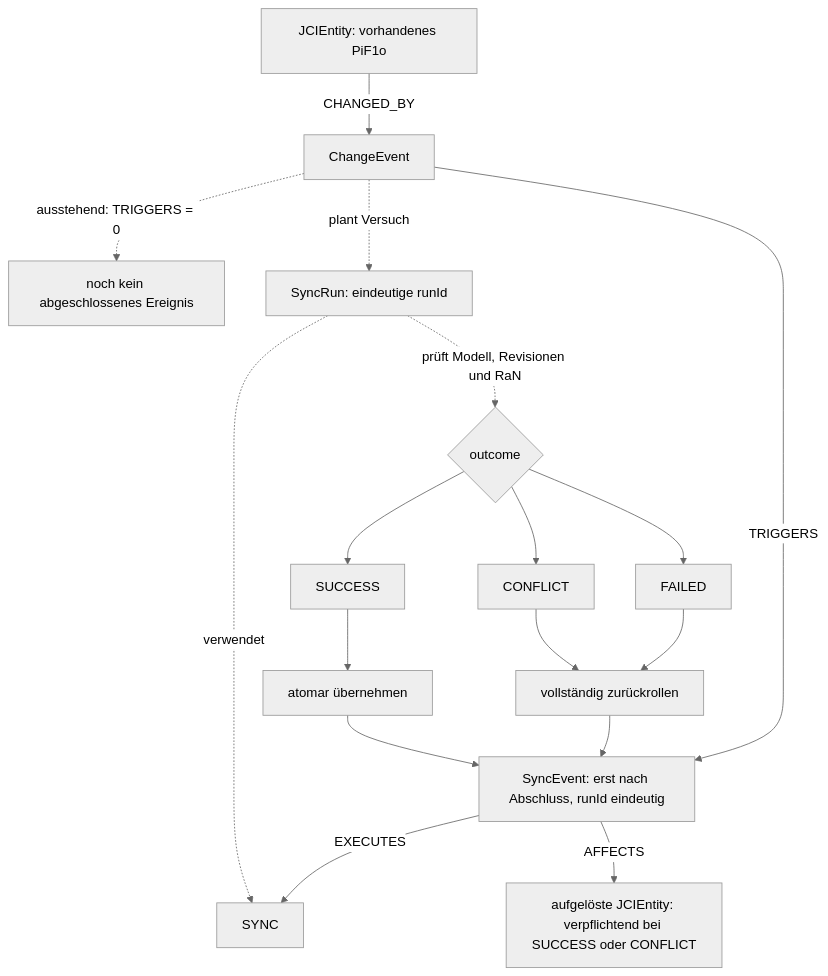
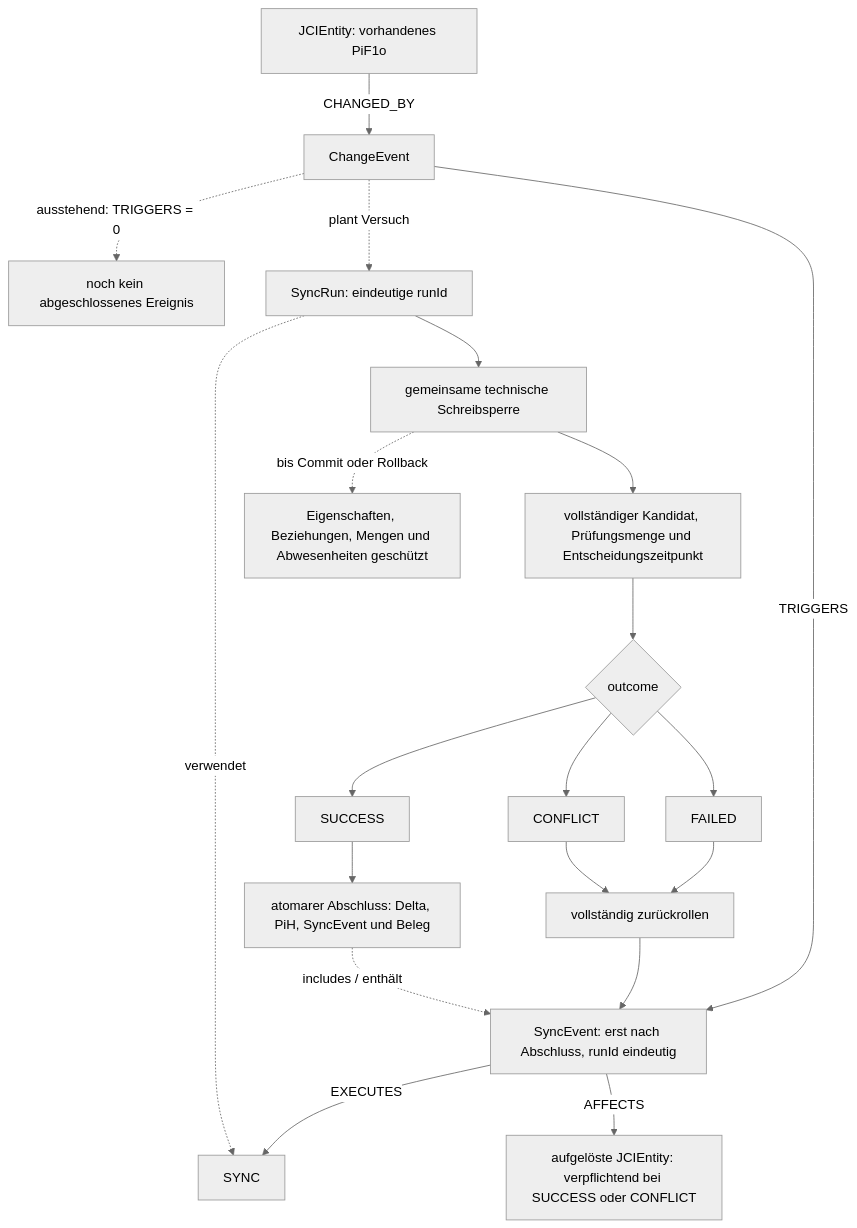
The tenth of 12 diagrams in docs/guides/JCI_EXAMPLE.md (eeimicke/junaco-jci-loop), drawn with Mermaid (neutral theme) before and after one commit. The commit also changed other lines of this file and 42 other files, not shown here.

````diff
--- a/docs/guides/JCI_EXAMPLE.md
+++ b/docs/guides/JCI_EXAMPLE.md
@@ -264,19 +278,22 @@
 ```mermaid
 flowchart TD
     Entity[JCIEntity: vorhandenes PiF1o] -->|CHANGED_BY| ChangeEvent
     ChangeEvent -. ausstehend: TRIGGERS = 0 .-> Pending[noch kein abgeschlossenes Ereignis]
     ChangeEvent -. plant Versuch .-> Run[SyncRun: eindeutige runId]
     Run -. verwendet .-> Definition[SYNC]
-    Run -. prüft Modell, Revisionen und RaN .-> Decision{outcome}
+    Run --> Gate[gemeinsame technische Schreibsperre]
+    Gate --> Validate[vollständiger Kandidat, Prüfungsmenge und Entscheidungszeitpunkt]
+    Validate --> Decision{outcome}
+    Gate -. bis Commit oder Rollback .-> Protected[Eigenschaften, Beziehungen, Mengen und Abwesenheiten geschützt]
     Decision --> Success[SUCCESS]
     Decision --> Conflict[CONFLICT]
     Decision --> Failed[FAILED]
-    Success --> Apply[atomar übernehmen]
+    Success --> Apply[atomarer Abschluss: Delta, PiH, SyncEvent und Beleg]
     Conflict --> Rollback[vollständig zurückrollen]
     Failed --> Rollback
-    Apply --> Event[SyncEvent]
+    Apply -. includes / enthält .-> Event[SyncEvent]
     Rollback --> Event
     ChangeEvent -->|TRIGGERS| Event[SyncEvent: erst nach Abschluss, runId eindeutig]
     Event -->|EXECUTES| Definition
     Event -->|AFFECTS| Affected[aufgelöste JCIEntity: verpflichtend bei SUCCESS oder CONFLICT]
 ```
````
